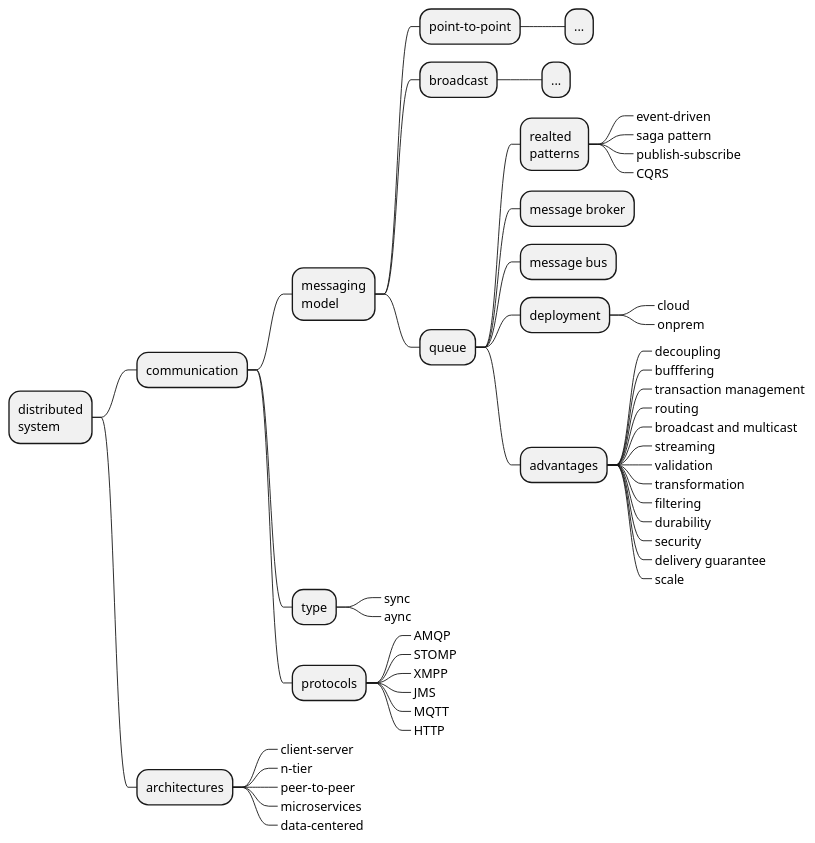
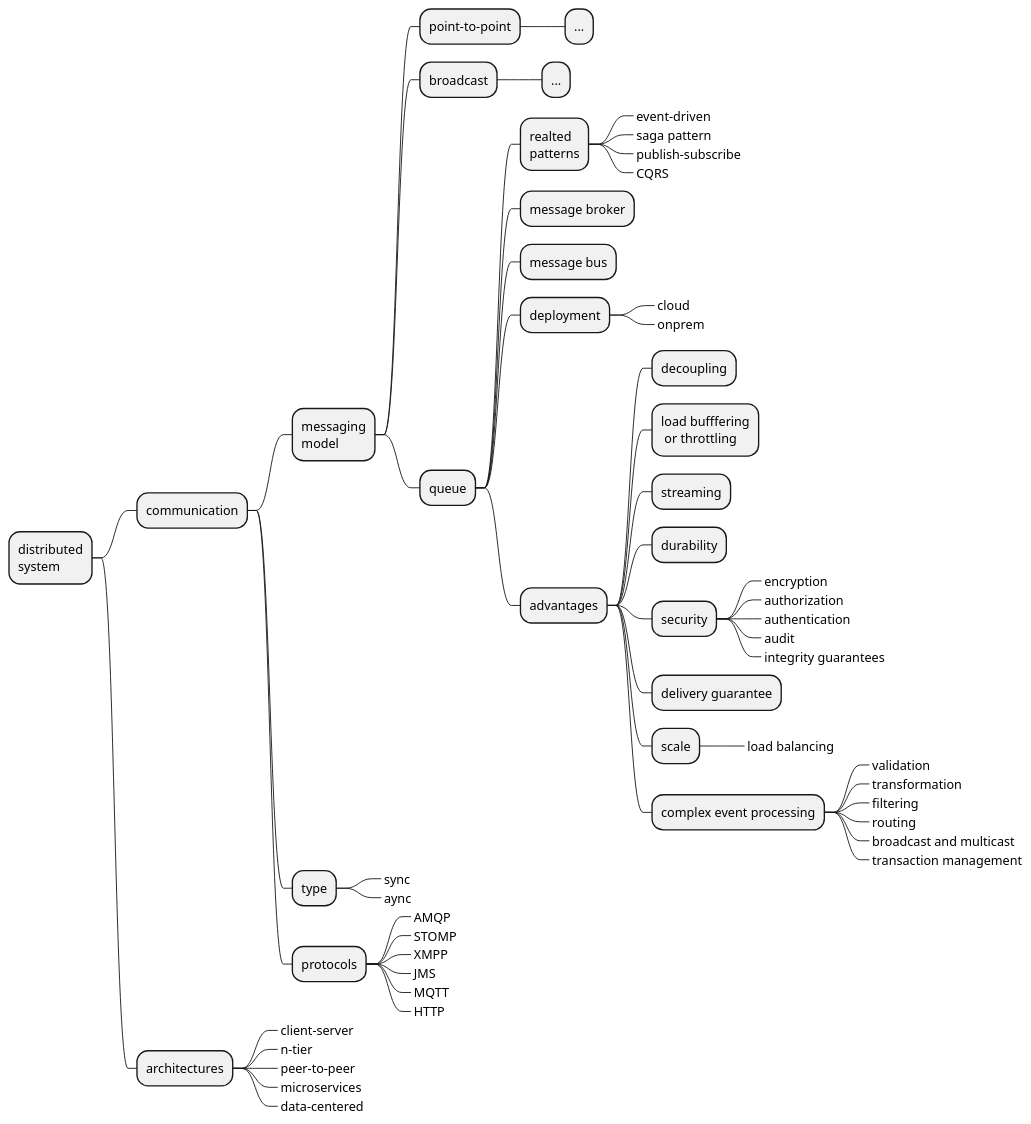
Before and after one commit to levplotkin/messaging-roadmap: the diagram in messaging-roadmap.iuml, drawn with PlantUML.

```diff
--- a/messaging-roadmap.iuml
+++ b/messaging-roadmap.iuml
@@ -1,65 +1,74 @@
 @startmindmap
 
 + distributed\nsystem
 ++ communication
 
 +++ messaging\nmodel
 
 ++++ point-to-point
 +++++ ...
 
 ++++ broadcast
 +++++ ...
 
 ++++ queue
 
 +++++ realted\npatterns
 ++++++_ event-driven
 ++++++_ saga pattern
 ++++++_ publish–subscribe
 ++++++_ CQRS
 
 +++++ message broker
-
 +++++ message bus
 
 +++++ deployment
 ++++++_ cloud
 ++++++_ onprem
 
++++++ advantages
+++++++ decoupling
+++++++ load bufffering\n or throttling
 
-+++++ advantages
-++++++_ decoupling
-++++++_ bufffering
-++++++_ transaction management
-++++++_ routing
-++++++_ broadcast and multicast
-++++++_ streaming
-++++++_ validation
-++++++_ transformation
-++++++_ filtering
-++++++_ durability
-++++++_ security
-++++++_ delivery guarantee
-++++++_ scale
+++++++ streaming
+++++++ durability
+
+++++++ security
++++++++_ encryption
++++++++_ authorization
++++++++_ authentication
++++++++_ audit
++++++++_ integrity guarantees
+
+++++++ delivery guarantee
+++++++ scale
++++++++_ load balancing
+
+++++++ complex event processing
++++++++_ validation
++++++++_ transformation
++++++++_ filtering
++++++++_ routing
++++++++_ broadcast and multicast
++++++++_ transaction management
 
 +++ type
 ++++_ sync
 ++++_ aync
 
 +++ protocols
 ++++_ AMQP
 ++++_ STOMP
 ++++_ XMPP
 ++++_ JMS
 ++++_ MQTT
 ++++_ HTTP
 
 ++ architectures
 +++_ client–server
 +++_ n-tier
 +++_ peer-to-peer
 +++_ microservices
 +++_ data-centered
 
 @endmindmap
```
